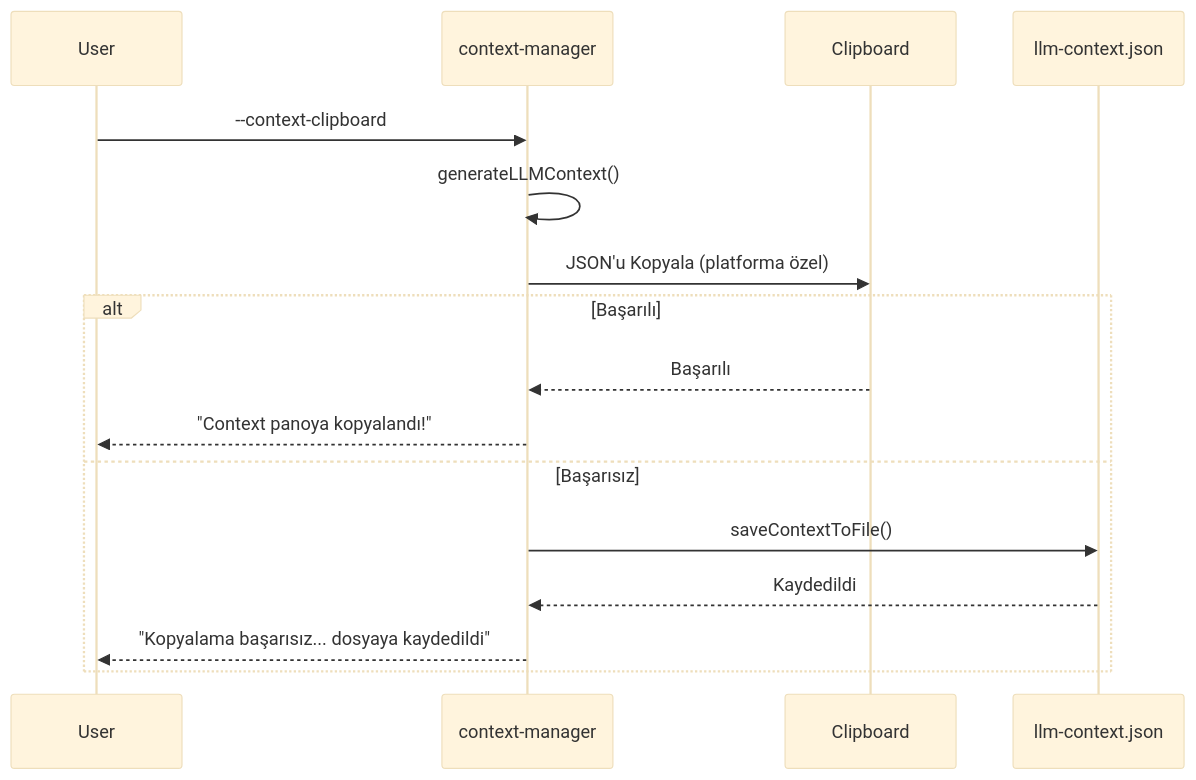
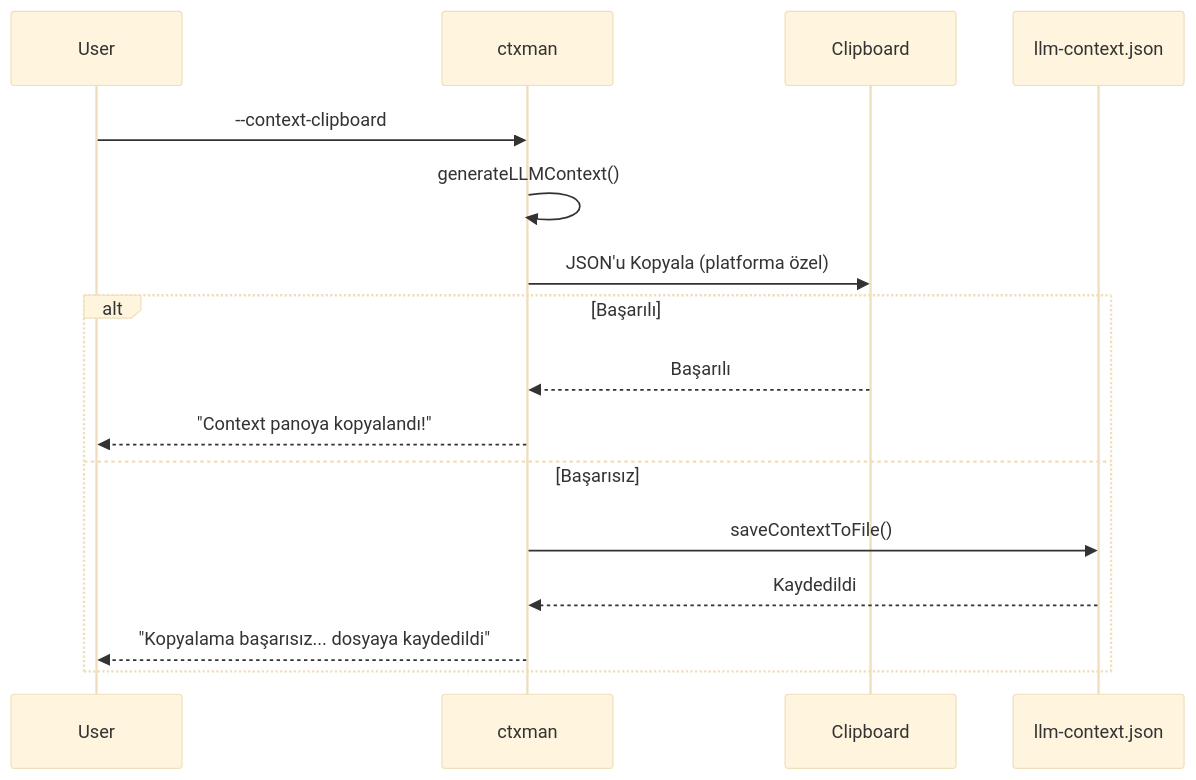
One commit to hakkisagdic/context-manager changed the third of 3 diagrams in docs/content-tr/Cikti-Formatlari.md. Above: the diagram before and after it, drawn with Mermaid (base theme). The commit also changed other lines of this file and 229 other files, not shown here.

First line of the commit message:
Rename: @hakkisagdic/context-manager -> ctxman (unscoped npm)

````diff
--- a/docs/content-tr/Cikti-Formatlari.md
+++ b/docs/content-tr/Cikti-Formatlari.md
@@ -154,18 +154,18 @@
 ```mermaid
 sequenceDiagram
 participant User
-participant Tool as context-manager
+participant Tool as ctxman
 participant Clipboard
 participant File as llm-context.json
 User->>Tool : --context-clipboard
 Tool->>Tool : generateLLMContext()
 Tool->>Clipboard : JSON'u Kopyala (platforma özel)
 alt Başarılı
 Clipboard-->>Tool : Başarılı
 Tool-->>User : "Context panoya kopyalandı!"
 else Başarısız
 Tool->>File : saveContextToFile()
 File-->>Tool : Kaydedildi
 Tool-->>User : "Kopyalama başarısız... dosyaya kaydedildi"
 end
 ```
````
